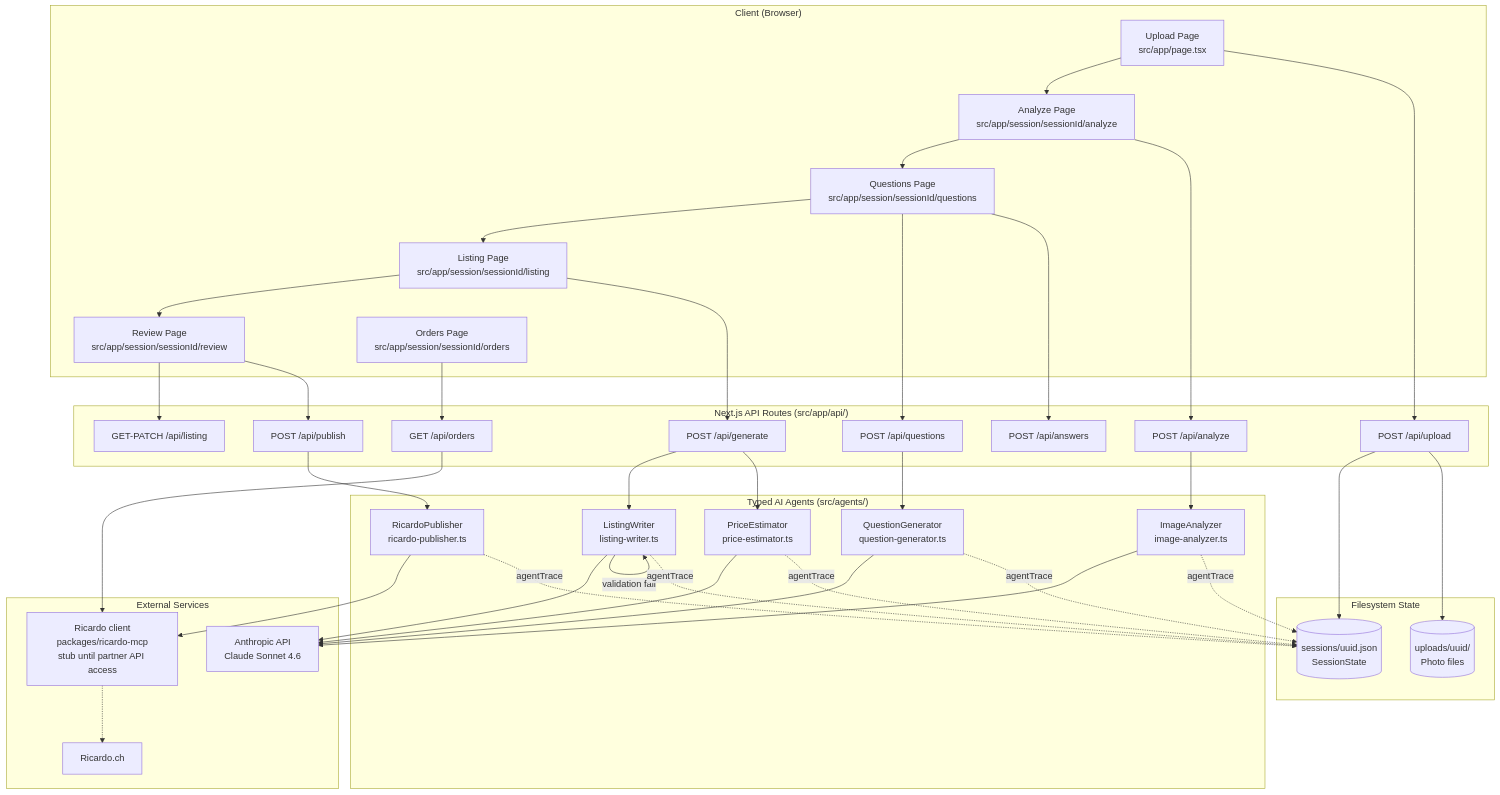
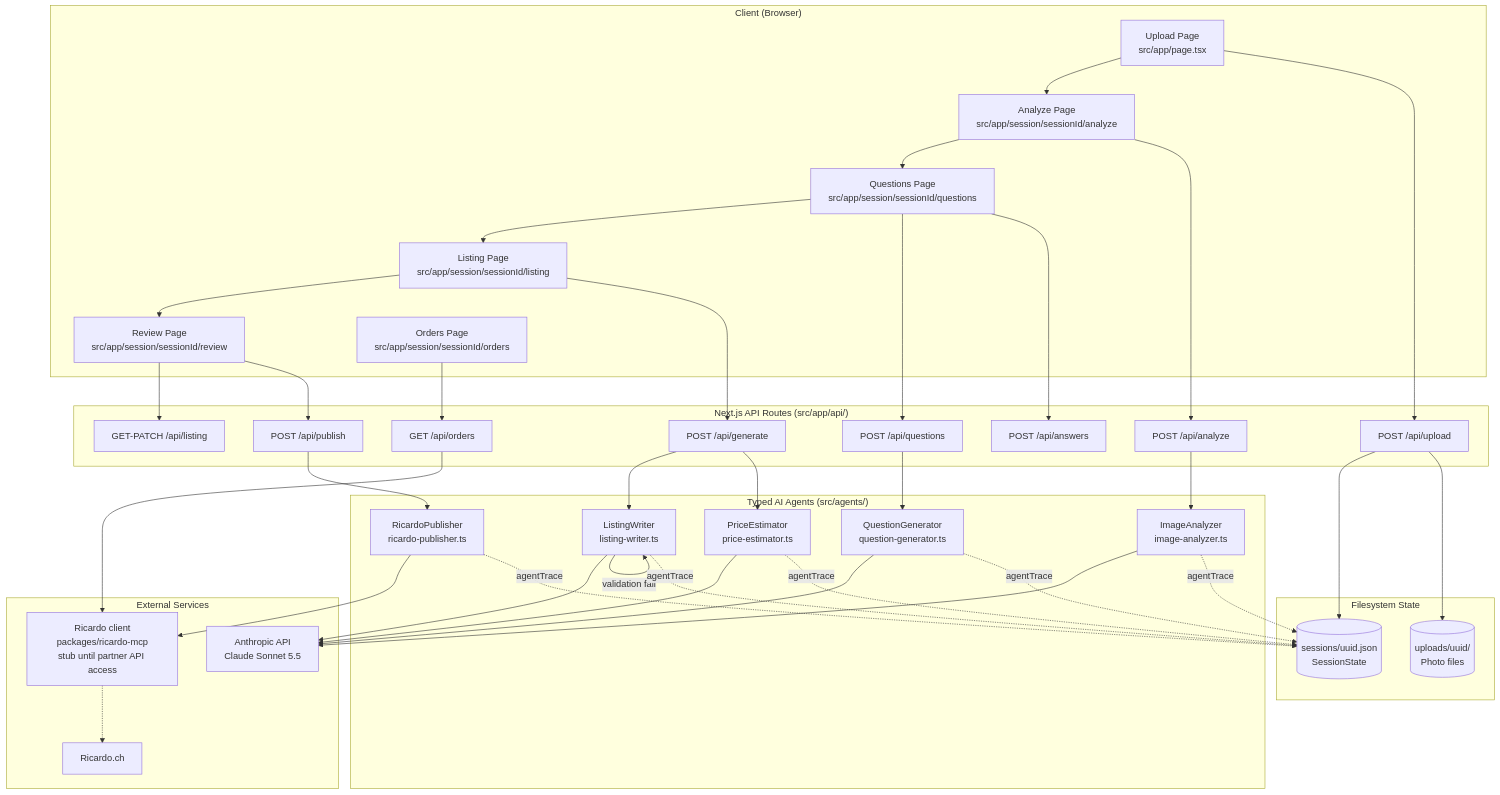
The diagram in docs/architecture.md (kronprinzmagma/ai-listing-assistant), drawn with Mermaid before and after one commit. The commit also changed 17 other files, not shown here.

````diff
--- a/docs/architecture.md
+++ b/docs/architecture.md
@@ -5,68 +5,68 @@
 ```mermaid
 flowchart TD
     subgraph Client["Client (Browser)"]
         P1[Upload Page\nsrc/app/page.tsx]
         P2[Analyze Page\nsrc/app/session/sessionId/analyze]
         P3[Questions Page\nsrc/app/session/sessionId/questions]
         P4[Listing Page\nsrc/app/session/sessionId/listing]
                 P5[Review Page\nsrc/app/session/sessionId/review]
         P6[Orders Page\nsrc/app/session/sessionId/orders]
         P1 --> P2 --> P3 --> P4 --> P5
     end
 
     subgraph APIRoutes["Next.js API Routes (src/app/api/)"]
         R1[POST /api/upload]
         R2[POST /api/analyze]
         R3[POST /api/questions]
         R4[POST /api/answers]
         R5[POST /api/generate]
         R6[GET-PATCH /api/listing]
         R7[POST /api/publish]
         R8[GET /api/orders]
     end
 
     subgraph Agents["Typed AI Agents (src/agents/)"]
         A1[ImageAnalyzer\nimage-analyzer.ts]
         A2[QuestionGenerator\nquestion-generator.ts]
         A3[ListingWriter\nlisting-writer.ts]
         A4[PriceEstimator\nprice-estimator.ts]
         A5[RicardoPublisher\nricardo-publisher.ts]
         A3 -->|validation fail| A3
     end
 
     subgraph State["Filesystem State"]
         S1[(sessions/uuid.json\nSessionState)]
         S2[(uploads/uuid/\nPhoto files)]
     end
 
     subgraph External["External Services"]
-        E1[Anthropic API\nClaude Sonnet 4.6]
+        E1[Anthropic API\nClaude Sonnet 5.5]
                 C1[Ricardo client\npackages/ricardo-mcp\nstub until partner API access]
         E2[Ricardo.ch]
     end
 
     P1 --> R1
     P2 --> R2
     P3 --> R3
     P3 --> R4
     P4 --> R5
     P5 --> R6
         P5 --> R7
     P6 --> R8
 
 
     R1 --> S1
     R1 --> S2
     R2 --> A1 --> E1
     R3 --> A2 --> E1
     R5 --> A3 --> E1
     R5 --> A4 --> E1
         R7 --> A5 --> C1 -.-> E2
     R8 --> C1
 
     A1 -.->|agentTrace| S1
     A2 -.->|agentTrace| S1
     A3 -.->|agentTrace| S1
     A4 -.->|agentTrace| S1
     A5 -.->|agentTrace| S1
 ```
````
